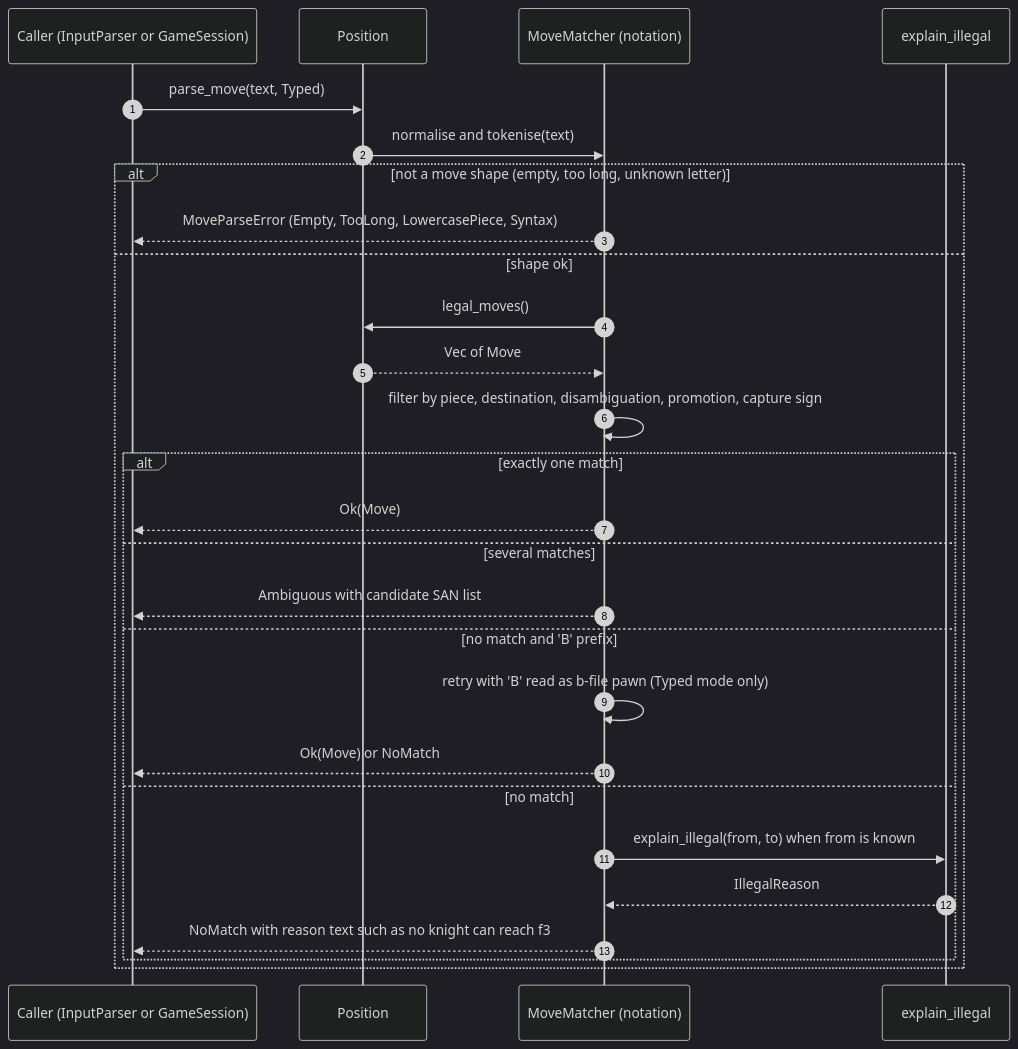
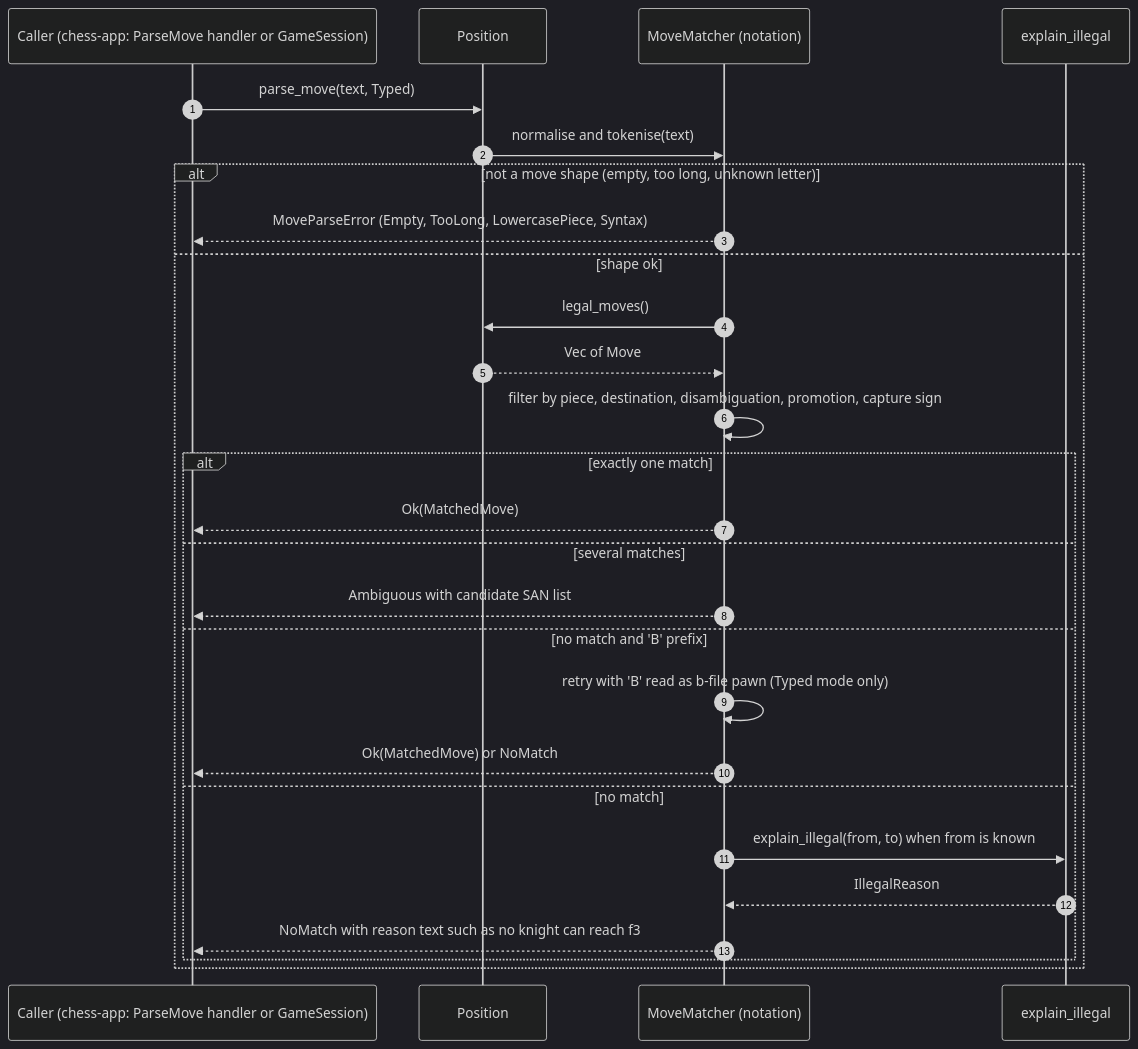
The fourth of 7 diagrams in docs/design/SDD-chess-rules.md (bprascher/chess), drawn with Mermaid (dark theme) before and after one commit. The commit also changed other lines of this file and 17 other files, not shown here.

First line of the commit message:
Apply architecture addendum B and C to the SDDs and add the v0.4 consistency pass

````diff
--- a/docs/design/SDD-chess-rules.md
+++ b/docs/design/SDD-chess-rules.md
@@ -358,29 +385,29 @@
 ```mermaid
 sequenceDiagram
     autonumber
-    participant C as Caller (InputParser or GameSession)
+    participant C as Caller (chess-app: ParseMove handler or GameSession)
     participant P as Position
     participant M as MoveMatcher (notation)
     participant X as explain_illegal
     C->>P: parse_move(text, Typed)
     P->>M: normalise and tokenise(text)
     alt not a move shape (empty, too long, unknown letter)
         M-->>C: MoveParseError (Empty, TooLong, LowercasePiece, Syntax)
     else shape ok
         M->>P: legal_moves()
         P-->>M: Vec of Move
         M->>M: filter by piece, destination, disambiguation, promotion, capture sign
         alt exactly one match
-            M-->>C: Ok(Move)
+            M-->>C: Ok(MatchedMove)
         else several matches
             M-->>C: Ambiguous with candidate SAN list
         else no match and 'B' prefix
             M->>M: retry with 'B' read as b-file pawn (Typed mode only)
-            M-->>C: Ok(Move) or NoMatch
+            M-->>C: Ok(MatchedMove) or NoMatch
         else no match
             M->>X: explain_illegal(from, to) when from is known
             X-->>M: IllegalReason
             M-->>C: NoMatch with reason text such as no knight can reach f3
         end
     end
 ```
````
